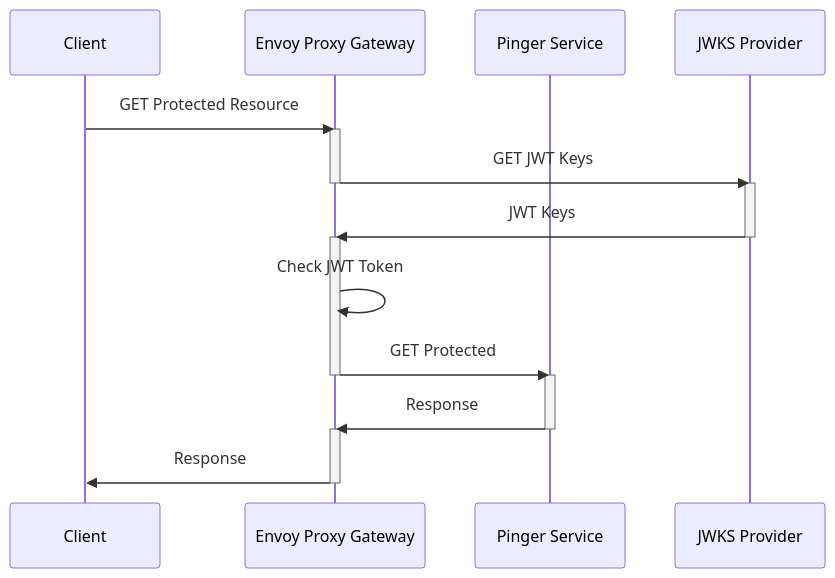
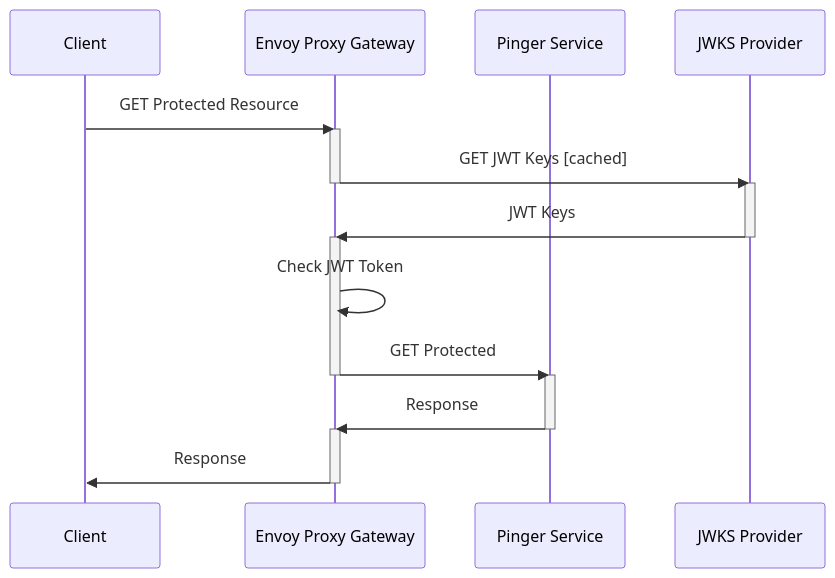
The second of 2 diagrams in README.md (edkirin/envoygateway), drawn with Mermaid before and after one commit.

````diff
--- a/README.md
+++ b/README.md
@@ -27,24 +27,24 @@
 ```mermaid
 sequenceDiagram
     participant client as Client
     participant gateway as Envoy Proxy Gateway
     participant service as Pinger Service
     participant jwks_provider as JWKS Provider
     client->>gateway: GET Protected Resource
         activate gateway
-        gateway->>jwks_provider: GET JWT Keys
+        gateway->>jwks_provider: GET JWT Keys [cached]
         deactivate gateway
         activate jwks_provider
         jwks_provider->>gateway: JWT Keys
         deactivate jwks_provider
         activate gateway
         gateway->>gateway: Check JWT Token
         gateway->>service: GET Protected
         deactivate gateway
         activate service
         service->>gateway: Response
         deactivate service
         activate gateway
         gateway->>client: Response
         deactivate gateway
 ```
````
